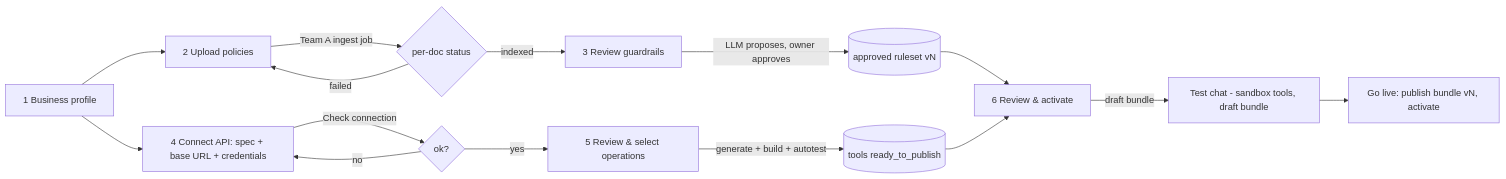
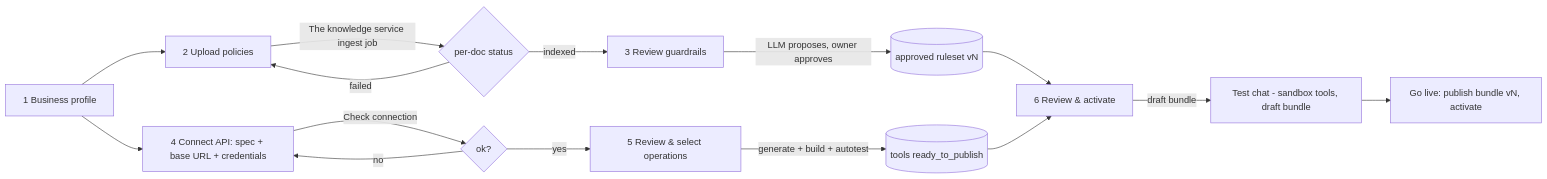
Before and after one commit to georgeemiL787/Ticket-Easy: the first of 3 diagrams in docs/plan/TICKET_EASY_MASTER_PLAN.md, drawn with Mermaid. The commit also changed other lines of this file and 83 other files, not shown here.

````diff
--- a/docs/plan/TICKET_EASY_MASTER_PLAN.md
+++ b/docs/plan/TICKET_EASY_MASTER_PLAN.md
@@ -88,17 +88,17 @@
 ```mermaid
 flowchart LR
   P[1 Business profile] --> K[2 Upload policies]
-  K -->|Team A ingest job| KS{per-doc status}
+  K -->|The knowledge service ingest job| KS{per-doc status}
   KS -->|indexed| G[3 Review guardrails]
   KS -->|failed| K
   G -->|LLM proposes, owner approves| GA[(approved ruleset vN)]
   P --> C[4 Connect API: spec + base URL + credentials]
   C -->|Check connection| CS{ok?}
   CS -->|no| C
   CS -->|yes| S[5 Review & select operations]
   S -->|generate + build + autotest| T[(tools ready_to_publish)]
   GA --> R[6 Review & activate]
   T --> R
   R -->|draft bundle| TC[Test chat - sandbox tools, draft bundle]
   TC --> L[Go live: publish bundle vN, activate]
 ```
````
